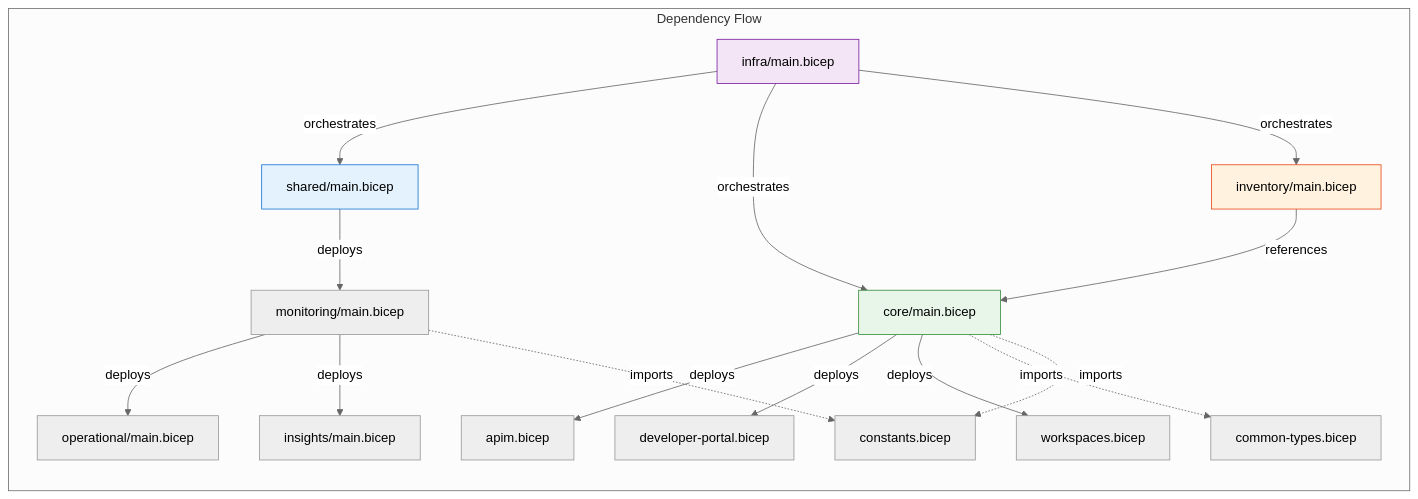
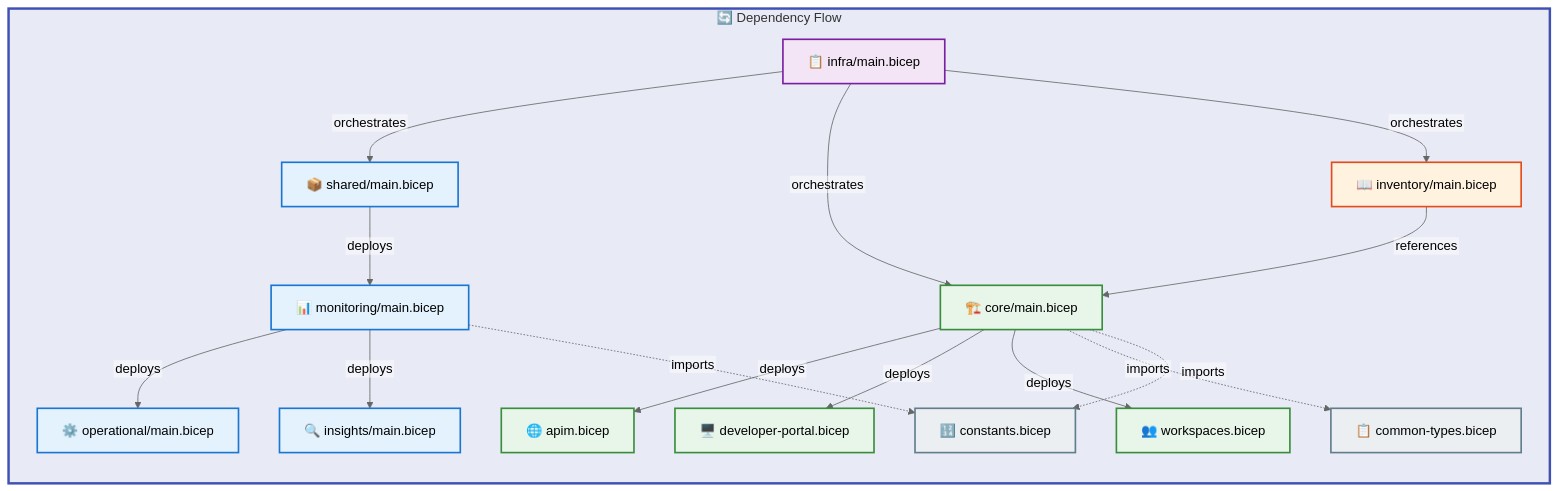
Before and after one commit to Evilazaro/APIM-Accelerator: the fifth of 6 diagrams in docs/architecture/Application_Architecture_Document_v2.md, drawn with Mermaid (neutral theme). The commit also changed other lines of this file and 1 other file, not shown here.

Commit message:
Enhance architecture documents with improved icons and formatting for clarity and visual appeal

````diff
--- a/docs/architecture/Application_Architecture_Document_v2.md
+++ b/docs/architecture/Application_Architecture_Document_v2.md
@@ -529,27 +546,46 @@
 ```mermaid
-graph LR
-    subgraph "Dependency Flow"
-        A[infra/main.bicep] -->|orchestrates| B[shared/main.bicep]
-        A -->|orchestrates| C[core/main.bicep]
-        A -->|orchestrates| D[inventory/main.bicep]
+%%{init: {"flowchart": {"htmlLabels": false}} }%%
+flowchart LR
+    %% ============================================
+    %% COLOR SCHEME DOCUMENTATION
+    %% ============================================
+    %% Entry: Purple (#F3E5F5) - Orchestration
+    %% Shared: Blue (#E3F2FD) - Infrastructure
+    %% Core: Green (#E8F5E9) - Platform
+    %% Inventory: Orange (#FFF3E0) - Governance
+    %% ============================================
 
-        B -->|deploys| E[monitoring/main.bicep]
-        E -->|deploys| F[operational/main.bicep]
-        E -->|deploys| G[insights/main.bicep]
+    subgraph depFlow["🔄 Dependency Flow"]
+        A["📋 infra/main.bicep"] -->|orchestrates| B["📦 shared/main.bicep"]
+        A -->|orchestrates| C["🏗️ core/main.bicep"]
+        A -->|orchestrates| D["📖 inventory/main.bicep"]
 
-        C -->|deploys| H[apim.bicep]
-        C -->|deploys| I[developer-portal.bicep]
-        C -->|deploys| J[workspaces.bicep]
+        B -->|deploys| E["📊 monitoring/main.bicep"]
+        E -->|deploys| F["⚙️ operational/main.bicep"]
+        E -->|deploys| G["🔍 insights/main.bicep"]
+
+        C -->|deploys| H["🌐 apim.bicep"]
+        C -->|deploys| I["🖥️ developer-portal.bicep"]
+        C -->|deploys| J["👥 workspaces.bicep"]
 
         D -->|references| C
 
-        C -.->|imports| K[common-types.bicep]
-        C -.->|imports| L[constants.bicep]
+        C -.->|imports| K["📋 common-types.bicep"]
+        C -.->|imports| L["🔢 constants.bicep"]
         E -.->|imports| L
     end
 
-    style A fill:#F3E5F5,stroke:#7B1FA2
-    style B fill:#E3F2FD,stroke:#1976D2
-    style C fill:#E8F5E9,stroke:#388E3C
-    style D fill:#FFF3E0,stroke:#E64A19
+    style depFlow fill:#E8EAF6,stroke:#3F51B5,stroke-width:3px
+    style A fill:#F3E5F5,stroke:#7B1FA2,stroke-width:2px
+    style B fill:#E3F2FD,stroke:#1976D2,stroke-width:2px
+    style C fill:#E8F5E9,stroke:#388E3C,stroke-width:2px
+    style D fill:#FFF3E0,stroke:#E64A19,stroke-width:2px
+    style E fill:#E3F2FD,stroke:#1976D2,stroke-width:2px
+    style F fill:#E3F2FD,stroke:#1976D2,stroke-width:2px
+    style G fill:#E3F2FD,stroke:#1976D2,stroke-width:2px
+    style H fill:#E8F5E9,stroke:#388E3C,stroke-width:2px
+    style I fill:#E8F5E9,stroke:#388E3C,stroke-width:2px
+    style J fill:#E8F5E9,stroke:#388E3C,stroke-width:2px
+    style K fill:#ECEFF1,stroke:#607D8B,stroke-width:2px
+    style L fill:#ECEFF1,stroke:#607D8B,stroke-width:2px
 ```
````
